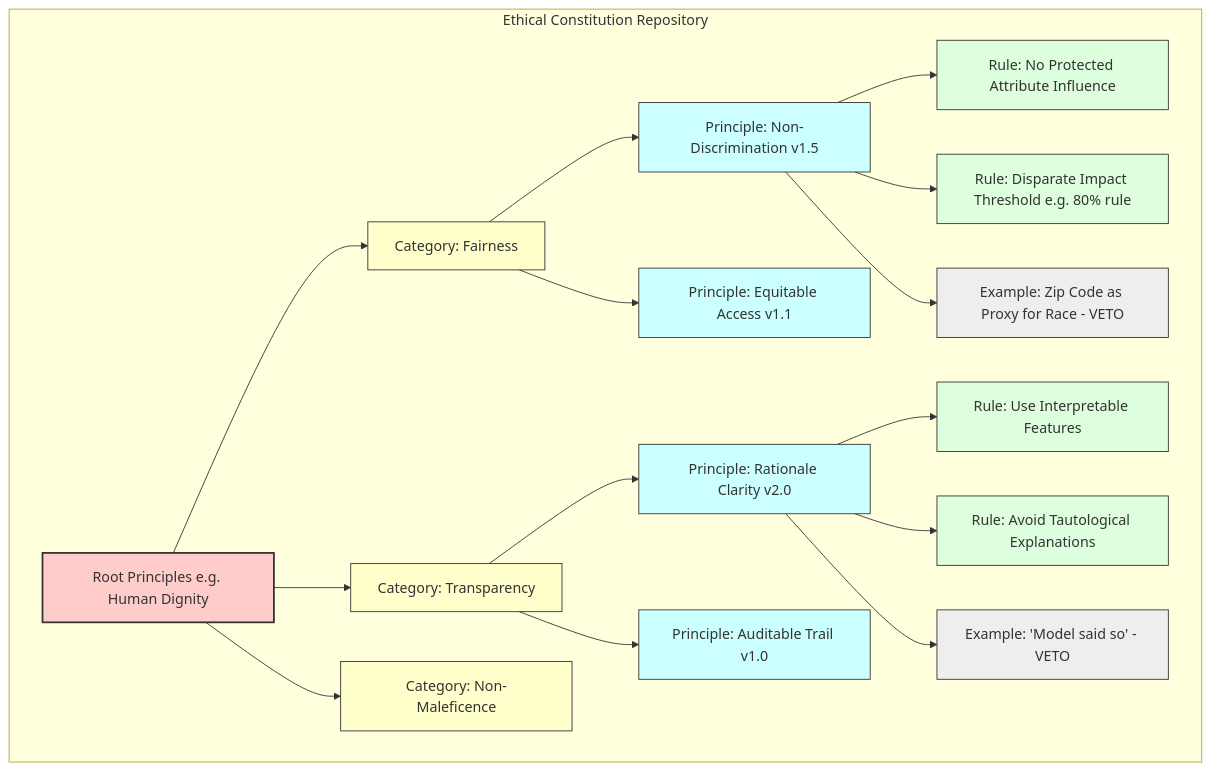
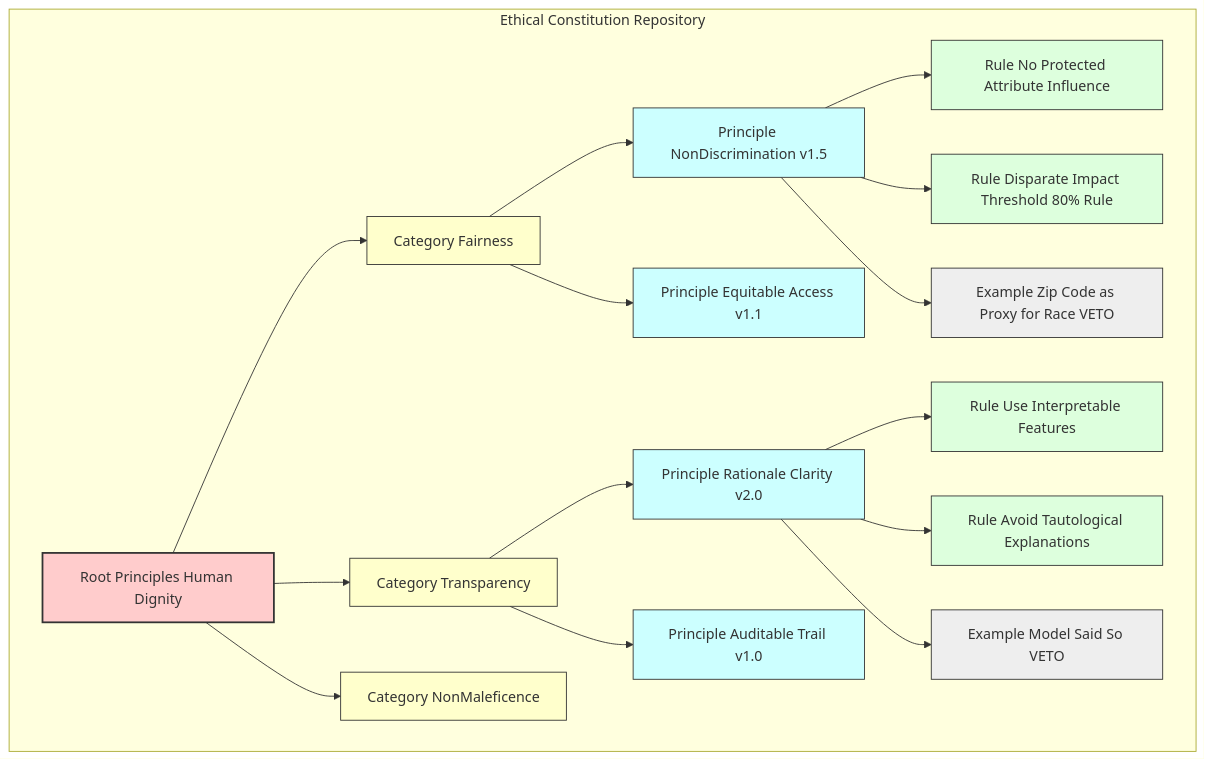
The seventh of 9 diagrams in inventions/026_ethical_governor_for_ai_systems.md (diplomat-bit/Citibank_Demo_Business_Inc_Demonstration-), drawn with Mermaid before and after one commit. The commit also changed other lines of this file, not shown here.

````diff
--- a/inventions/026_ethical_governor_for_ai_systems.md
+++ b/inventions/026_ethical_governor_for_ai_systems.md
@@ -389,36 +391,36 @@
 ```mermaid
 graph TD
     subgraph Ethical Constitution Repository
-        ECR_ROOT[Root Principles e.g. Human Dignity] --> ECR_CAT1[Category: Fairness]
-        ECR_ROOT --> ECR_CAT2[Category: Transparency]
-        ECR_ROOT --> ECR_CAT3[Category: Non-Maleficence]
+        ECR_ROOT[Root Principles Human Dignity] --> ECR_CAT1[Category Fairness]
+        ECR_ROOT --> ECR_CAT2[Category Transparency]
+        ECR_ROOT --> ECR_CAT3[Category NonMaleficence]
 
-        ECR_CAT1 --> ECR_P1_1[Principle: Non-Discrimination v1.5]
-        ECR_CAT1 --> ECR_P1_2[Principle: Equitable Access v1.1]
-        ECR_CAT2 --> ECR_P2_1[Principle: Rationale Clarity v2.0]
-        ECR_CAT2 --> ECR_P2_2[Principle: Auditable Trail v1.0]
+        ECR_CAT1 --> ECR_P1_1[Principle NonDiscrimination v1.5]
+        ECR_CAT1 --> ECR_P1_2[Principle Equitable Access v1.1]
+        ECR_CAT2 --> ECR_P2_1[Principle Rationale Clarity v2.0]
+        ECR_CAT2 --> ECR_P2_2[Principle Auditable Trail v1.0]
 
-        ECR_P1_1 --> ECR_R1_1_1[Rule: No Protected Attribute Influence]
-        ECR_P1_1 --> ECR_R1_1_2[Rule: Disparate Impact Threshold e.g. 80% rule]
-        ECR_P1_1 --> ECR_EG1_1_1[Example: Zip Code as Proxy for Race - VETO]
+        ECR_P1_1 --> ECR_R1_1_1[Rule No Protected Attribute Influence]
+        ECR_P1_1 --> ECR_R1_1_2[Rule Disparate Impact Threshold 80% Rule]
+        ECR_P1_1 --> ECR_EG1_1_1[Example Zip Code as Proxy for Race VETO]
 
-        ECR_P2_1 --> ECR_R2_1_1[Rule: Use Interpretable Features]
-        ECR_P2_1 --> ECR_R2_1_2[Rule: Avoid Tautological Explanations]
-        ECR_P2_1 --> ECR_EG2_1_1[Example: 'Model said so' - VETO]
+        ECR_P2_1 --> ECR_R2_1_1[Rule Use Interpretable Features]
+        ECR_P2_1 --> ECR_R2_1_2[Rule Avoid Tautological Explanations]
+        ECR_P2_1 --> ECR_EG2_1_1[Example Model Said So VETO]
 
         style ECR_ROOT fill:#fcc,stroke:#333,stroke-width:2px
         style ECR_CAT1 fill:#ffc,stroke:#333
         style ECR_CAT2 fill:#ffc,stroke:#333
         style ECR_CAT3 fill:#ffc,stroke:#333
         style ECR_P1_1 fill:#cff,stroke:#333
         style ECR_P1_2 fill:#cff,stroke:#333
         style ECR_P2_1 fill:#cff,stroke:#333
         style ECR_P2_2 fill:#cff,stroke:#333
         style ECR_R1_1_1 fill:#dfd,stroke:#333
         style ECR_R1_1_2 fill:#dfd,stroke:#333
         style ECR_EG1_1_1 fill:#eee,stroke:#333
         style ECR_R2_1_1 fill:#dfd,stroke:#333
         style ECR_R2_1_2 fill:#dfd,stroke:#333
         style ECR_EG2_1_1 fill:#eee,stroke:#333
     end
 ```
````
